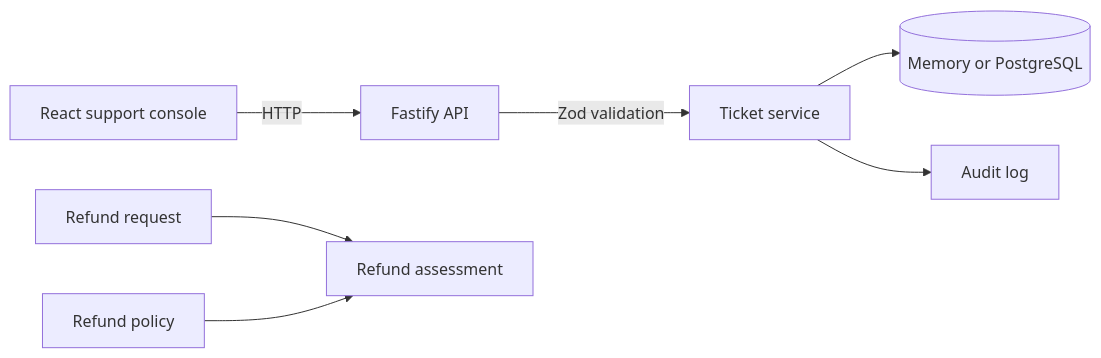
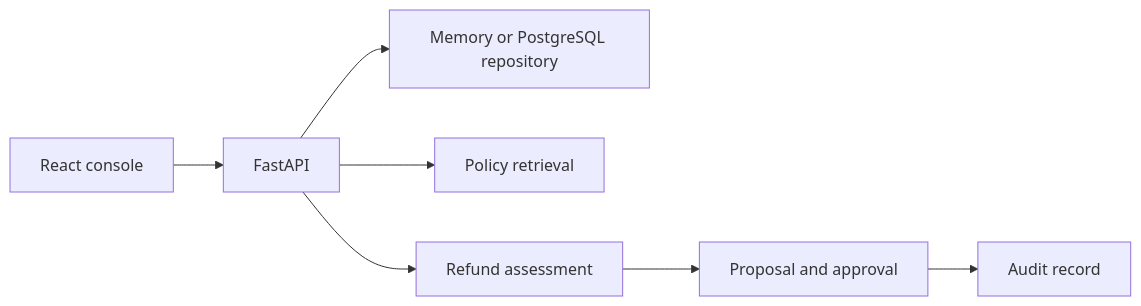
The diagram in README.md (erfanal1n/ai-support-operations-platform), drawn with Mermaid before and after one commit. The commit also changed other lines of this file and 16 other files, not shown here.

Commit message:
feat(platform): package FastAPI app and add read-only MCP

````diff
--- a/README.md
+++ b/README.md
@@ -21,9 +38,9 @@
 ```mermaid
 flowchart LR
-  Console[React support console] -->|HTTP| API[Fastify API]
-  API -->|Zod validation| TicketService[Ticket service]
-  TicketService --> Store[(Memory or PostgreSQL)]
-  TicketService --> Audit[Audit log]
-  RefundRequest[Refund request] --> Assessment[Refund assessment]
-  Policy[Refund policy] --> Assessment
+  Console[React console] --> API[FastAPI]
+  API --> Repo[Memory or PostgreSQL repository]
+  API --> Policy[Policy retrieval]
+  API --> Refund[Refund assessment]
+  Refund --> Proposal[Proposal and approval]
+  Proposal --> Audit[Audit record]
 ```
````
